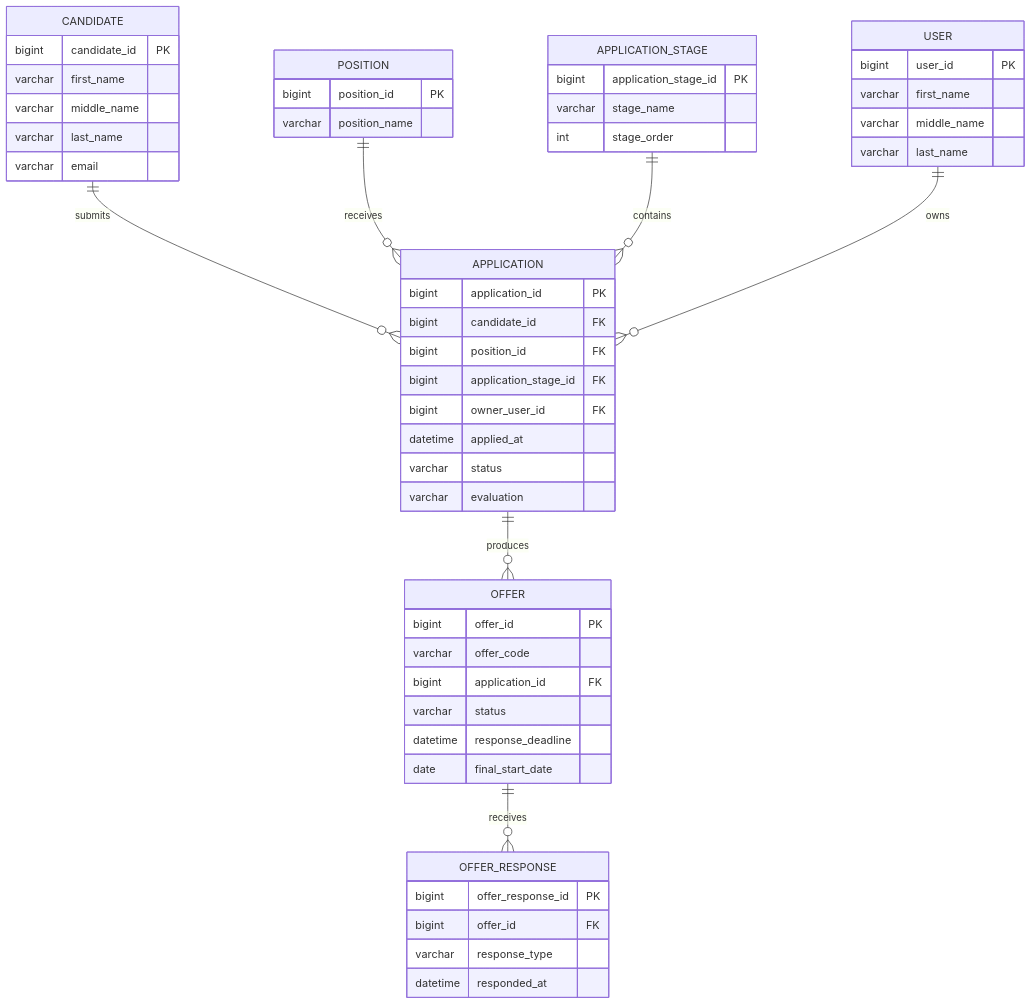
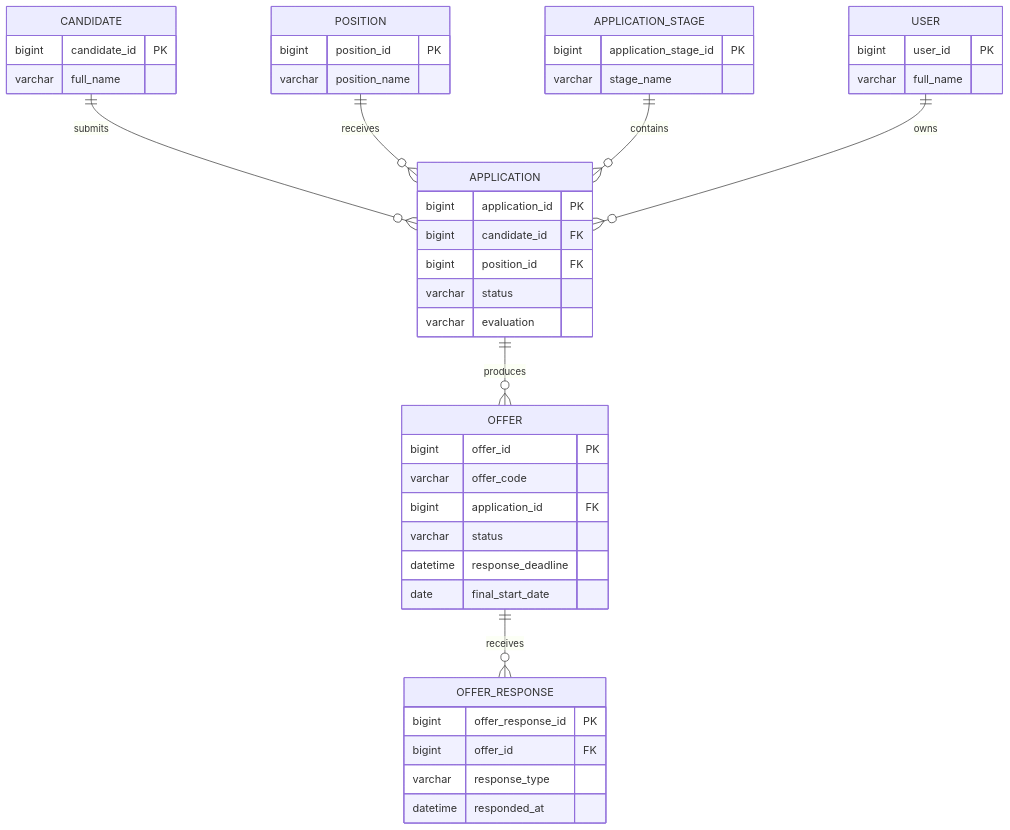
The fourth of 8 diagrams in docs/README.md (Huy1801214/HR), drawn with Mermaid before and after one commit. The commit also changed other lines of this file and 1 other file, not shown here.

Commit message:
add onboarding documentation with architectural diagrams and ERDs

````diff
--- a/docs/README.md
+++ b/docs/README.md
@@ -310,64 +309,55 @@
 ```mermaid
 erDiagram
 
     CANDIDATE {
         bigint candidate_id PK
-        varchar first_name
-        varchar middle_name
-        varchar last_name
-        varchar email
+        varchar full_name
     }
 
     POSITION {
         bigint position_id PK
         varchar position_name
     }
 
     APPLICATION_STAGE {
         bigint application_stage_id PK
         varchar stage_name
-        int stage_order
     }
 
     USER {
         bigint user_id PK
-        varchar first_name
-        varchar middle_name
-        varchar last_name
+        varchar full_name
     }
 
     APPLICATION {
         bigint application_id PK
         bigint candidate_id FK
         bigint position_id FK
-        bigint application_stage_id FK
-        bigint owner_user_id FK
-        datetime applied_at
         varchar status
         varchar evaluation
     }
 
     OFFER {
         bigint offer_id PK
         varchar offer_code
         bigint application_id FK
         varchar status
         datetime response_deadline
         date final_start_date
     }
 
     OFFER_RESPONSE {
         bigint offer_response_id PK
         bigint offer_id FK
         varchar response_type
         datetime responded_at
     }
 
     CANDIDATE ||--o{ APPLICATION : submits
     POSITION ||--o{ APPLICATION : receives
     APPLICATION_STAGE ||--o{ APPLICATION : contains
     USER ||--o{ APPLICATION : owns
 
     APPLICATION ||--o{ OFFER : produces
     OFFER ||--o{ OFFER_RESPONSE : receives
 ```
````
